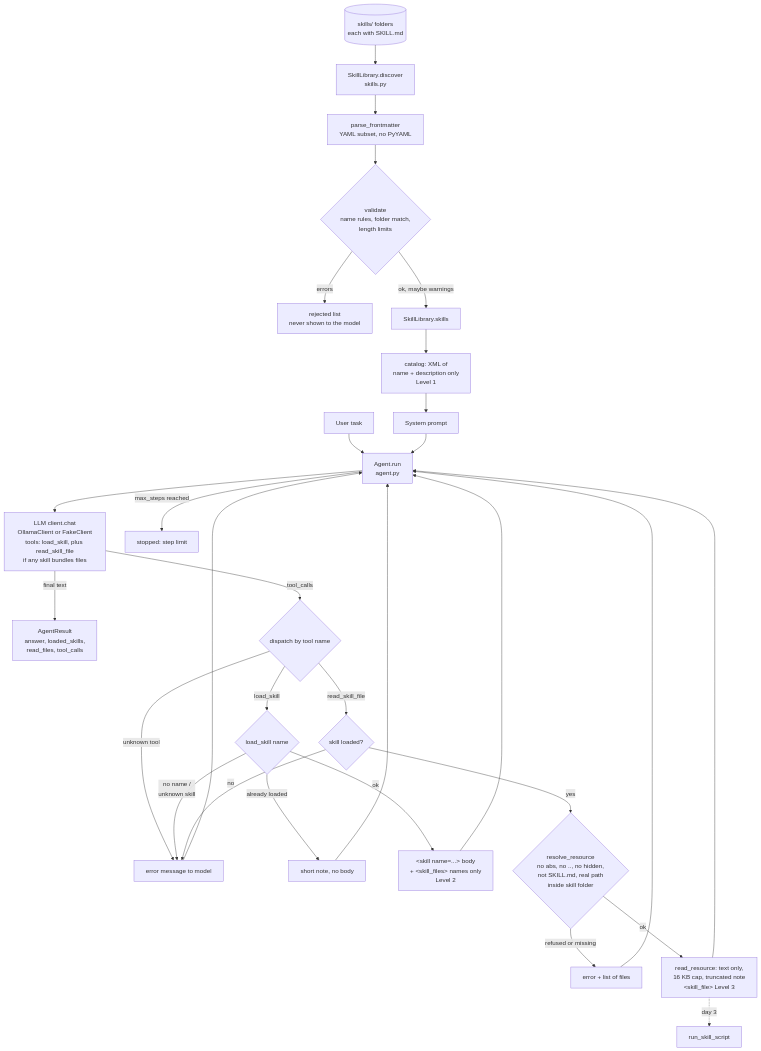
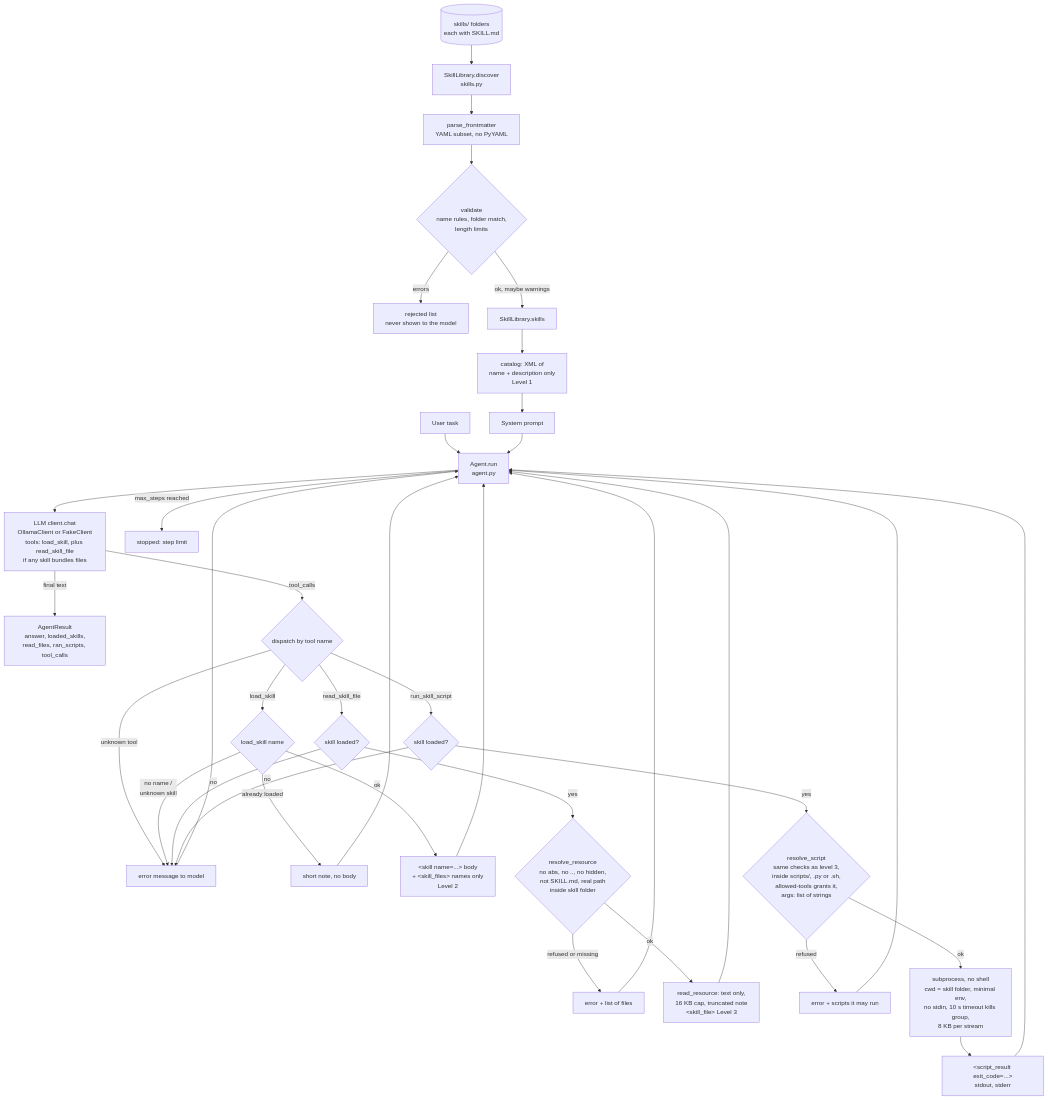
The diagram in week_02_skills_agent/flow.md (pavankonam/agents), drawn with Mermaid before and after one commit. The commit also changed other lines of this file and 19 other files, not shown here.

Commit message:
week 02 day 3: skill scripts with run_skill_script gated by allowed-tools, no shell, minimal env, timeout and output caps, ticket-checksum skill and script quiz scenario

````diff
--- a/week_02_skills_agent/flow.md
+++ b/week_02_skills_agent/flow.md
@@ -5,32 +5,39 @@
 ```mermaid
 flowchart TD
     D[(skills/ folders<br/>each with SKILL.md)] --> DS[SkillLibrary.discover<br/>skills.py]
     DS --> PF[parse_frontmatter<br/>YAML subset, no PyYAML]
     PF --> V{validate<br/>name rules, folder match,<br/>length limits}
     V -->|errors| RJ[rejected list<br/>never shown to the model]
     V -->|ok, maybe warnings| LIB[SkillLibrary.skills]
     LIB --> CAT[catalog: XML of<br/>name + description only<br/>Level 1]
     U[User task] --> A[Agent.run<br/>agent.py]
     CAT --> SP[System prompt]
     SP --> A
     A --> M[LLM client.chat<br/>OllamaClient or FakeClient<br/>tools: load_skill, plus read_skill_file<br/>if any skill bundles files]
-    M -->|final text| R[AgentResult<br/>answer, loaded_skills,<br/>read_files, tool_calls]
+    M -->|final text| R[AgentResult<br/>answer, loaded_skills,<br/>read_files, ran_scripts, tool_calls]
     M -->|tool_calls| DP{dispatch by tool name}
     DP -->|load_skill| L{load_skill name}
     DP -->|unknown tool| E
     L -->|no name /<br/>unknown skill| E[error message to model]
     L -->|already loaded| N[short note, no body]
     L -->|ok| B["&lt;skill name=...&gt; body<br/>+ &lt;skill_files&gt; names only<br/>Level 2"]
     DP -->|read_skill_file| RF{skill loaded?}
     RF -->|no| E
     RF -->|yes| RR{resolve_resource<br/>no abs, no .., no hidden,<br/>not SKILL.md, real path<br/>inside skill folder}
     RR -->|refused or missing| E2[error + list of files]
     RR -->|ok| RD["read_resource: text only,<br/>16 KB cap, truncated note<br/>&lt;skill_file&gt; Level 3"]
     E --> A
     E2 --> A
     N --> A
     B --> A
     RD --> A
+    DP -->|run_skill_script| RS{skill loaded?}
+    RS -->|no| E
+    RS -->|yes| RSV{resolve_script<br/>same checks as level 3,<br/>inside scripts/, .py or .sh,<br/>allowed-tools grants it,<br/>args: list of strings}
+    RSV -->|refused| E3[error + scripts it may run]
+    RSV -->|ok| RUN["subprocess, no shell<br/>cwd = skill folder, minimal env,<br/>no stdin, 10 s timeout kills group,<br/>8 KB per stream"]
+    RUN --> SR["&lt;script_result exit_code=...&gt;<br/>stdout, stderr"]
+    E3 --> A
+    SR --> A
     A -->|max_steps reached| X[stopped: step limit]
-    RD -.->|day 3| SC[run_skill_script]
 ```
````
